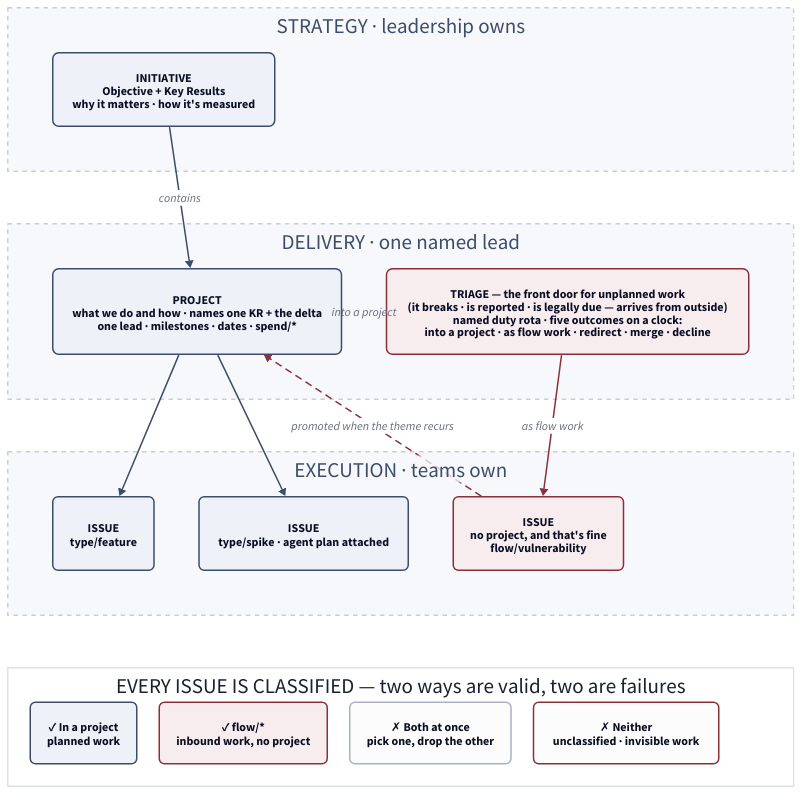
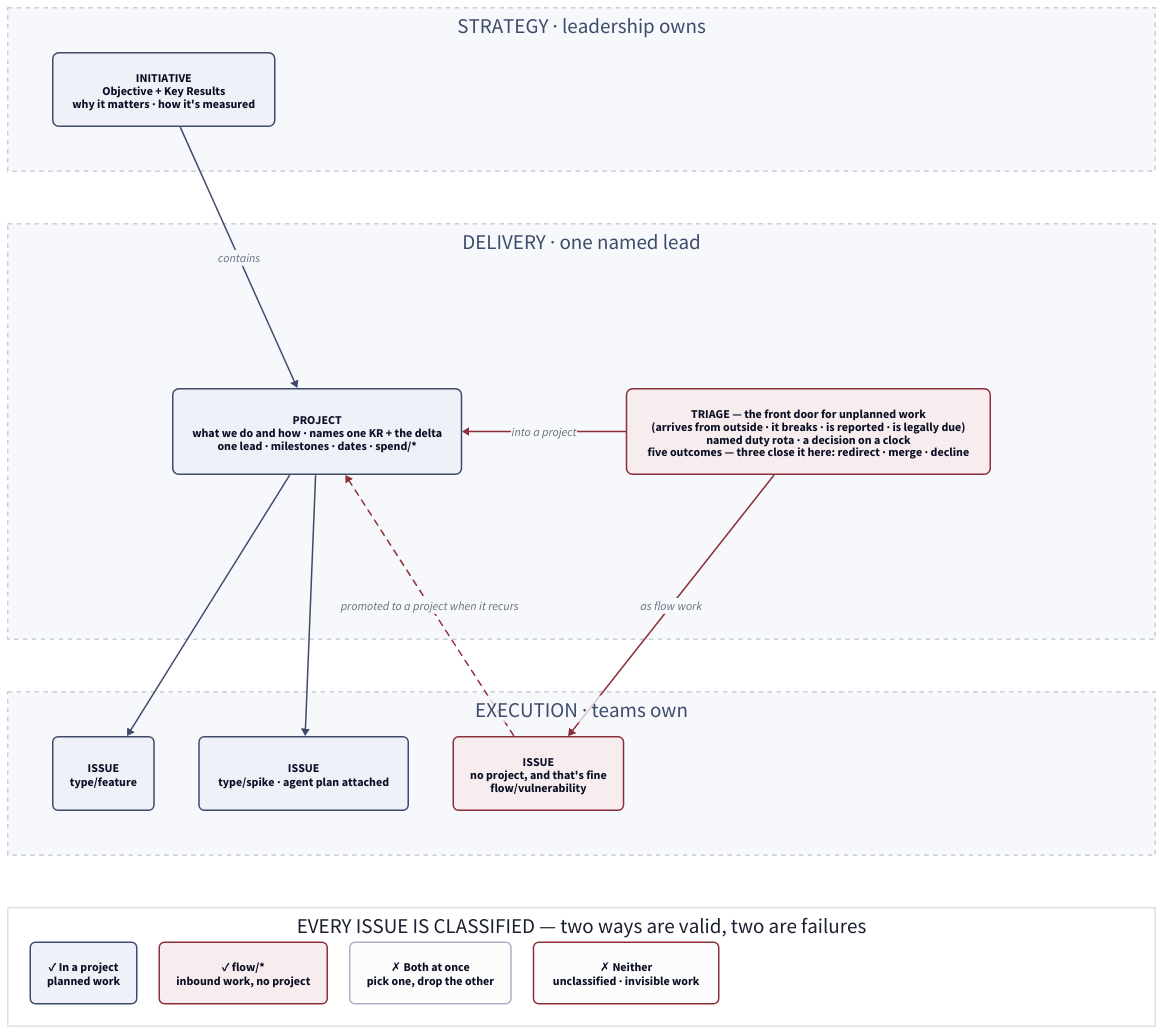
The diagram in docs/diagrams/model.d2 (hungovercoders/linear-work-management), drawn with D2 before and after one commit.

Commit message:
refine(GRI-69): de-duplicate triage outcomes, clarify promotion target
- Triage box lists only the three closing outcomes (redirect/merge/decline);
  the two work-creating outcomes are the labelled arrows (into a project /
  as flow work) — removes the duplicate 'into a project' text
- Widen the delivery band gap so the 'into a project' label no longer overlaps
  the Project box
- Label the promotion arrow 'promoted to a project when it recurs' (a recurring
  flow theme becomes a project, not an initiative)

````diff
--- a/docs/diagrams/model.d2
+++ b/docs/diagrams/model.d2
@@ -1,74 +1,74 @@
 # Canonical operating-model diagram. Edit this, not the rendered SVG.
 # Rendered inline on the cheat sheet via Kroki (```kroki-d2```).
 # Bands stack TOP-TO-BOTTOM as swimlanes; the drive is INITIATIVE -> PROJECT -> ISSUE
 # down the left, with the inbound/flow lane down the right through TRIAGE.
 
 grid-columns: 1
 grid-gap: 70
 direction: down
 
 # ---------- STRATEGY band ----------
 strategy: "STRATEGY  ·  leadership owns" {
   grid-rows: 1
   style: {fill: "#F7F8FB"; stroke: "#C7CDDA"; stroke-dash: 3; font-color: "#3D4C6B"}
   initiative: "INITIATIVE\nObjective + Key Results\nwhy it matters · how it's measured" {
     style: {fill: "#EEF1F7"; stroke: "#3D4C6B"; border-radius: 8; bold: true}
   }
 }
 
 # ---------- DELIVERY band ----------
 delivery: "DELIVERY  ·  one named lead" {
   grid-rows: 1
-  grid-gap: 60
+  grid-gap: 220
   style: {fill: "#F7F8FB"; stroke: "#C7CDDA"; stroke-dash: 3; font-color: "#3D4C6B"}
   project: "PROJECT\nwhat we do and how · names one KR + the delta\none lead · milestones · dates · spend/*" {
     style: {fill: "#EEF1F7"; stroke: "#3D4C6B"; border-radius: 8; bold: true}
   }
-  triage: "TRIAGE — the front door for unplanned work\n(it breaks · is reported · is legally due — arrives from outside)\nnamed duty rota · five outcomes on a clock:\ninto a project · as flow work · redirect · merge · decline" {
+  triage: "TRIAGE — the front door for unplanned work\n(arrives from outside · it breaks · is reported · is legally due)\nnamed duty rota · a decision on a clock\nfive outcomes — three close it here: redirect · merge · decline" {
     style: {fill: "#F8EDEE"; stroke: "#8C2F39"; border-radius: 8; bold: true}
   }
 }
 
 # ---------- EXECUTION band ----------
 execution: "EXECUTION  ·  teams own" {
   grid-rows: 1
   grid-gap: 60
   style: {fill: "#F7F8FB"; stroke: "#C7CDDA"; stroke-dash: 3; font-color: "#3D4C6B"}
   issue1: "ISSUE\ntype/feature" {
     style: {fill: "#EEF1F7"; stroke: "#3D4C6B"; border-radius: 7}
   }
   issue2: "ISSUE\ntype/spike · agent plan attached" {
     style: {fill: "#EEF1F7"; stroke: "#3D4C6B"; border-radius: 7}
   }
   flowissue: "ISSUE\nno project, and that's fine\nflow/vulnerability" {
     style: {fill: "#F8EDEE"; stroke: "#8C2F39"; border-radius: 7}
   }
 }
 
 # ---------- classification rule strip ----------
 rule: "EVERY ISSUE IS CLASSIFIED — two ways are valid, two are failures" {
   grid-rows: 1
   grid-gap: 30
   style: {fill: "#FFFFFF"; stroke: "#DCE0E8"; font-color: "#1B2030"}
   ok_project: "✓ In a project\nplanned work" {
     style: {fill: "#EEF1F7"; stroke: "#3D4C6B"; border-radius: 7}
   }
   ok_flow: "✓ flow/*\ninbound work, no project" {
     style: {fill: "#F8EDEE"; stroke: "#8C2F39"; border-radius: 7}
   }
   bad_both: "✗ Both at once\npick one, drop the other" {
     style: {fill: "#FCFCFD"; stroke: "#A9B2C4"; border-radius: 7}
   }
   bad_neither: "✗ Neither\nunclassified · invisible work" {
     style: {fill: "#FCFCFD"; stroke: "#8C2F39"; stroke-width: 2; border-radius: 7}
   }
 }
 
 # ---------- the top-to-bottom drive + the flow lane ----------
 strategy.initiative -> delivery.project: contains {style.stroke: "#3D4C6B"}
 delivery.project -> execution.issue1: {style.stroke: "#3D4C6B"}
 delivery.project -> execution.issue2: {style.stroke: "#3D4C6B"}
 
 delivery.triage -> delivery.project: into a project {style.stroke: "#8C2F39"}
 delivery.triage -> execution.flowissue: as flow work {style.stroke: "#8C2F39"}
-execution.flowissue -> delivery.project: promoted when the theme recurs {style: {stroke: "#8C2F39"; stroke-dash: 4}}
+execution.flowissue -> delivery.project: promoted to a project when it recurs {style: {stroke: "#8C2F39"; stroke-dash: 4}}
````
